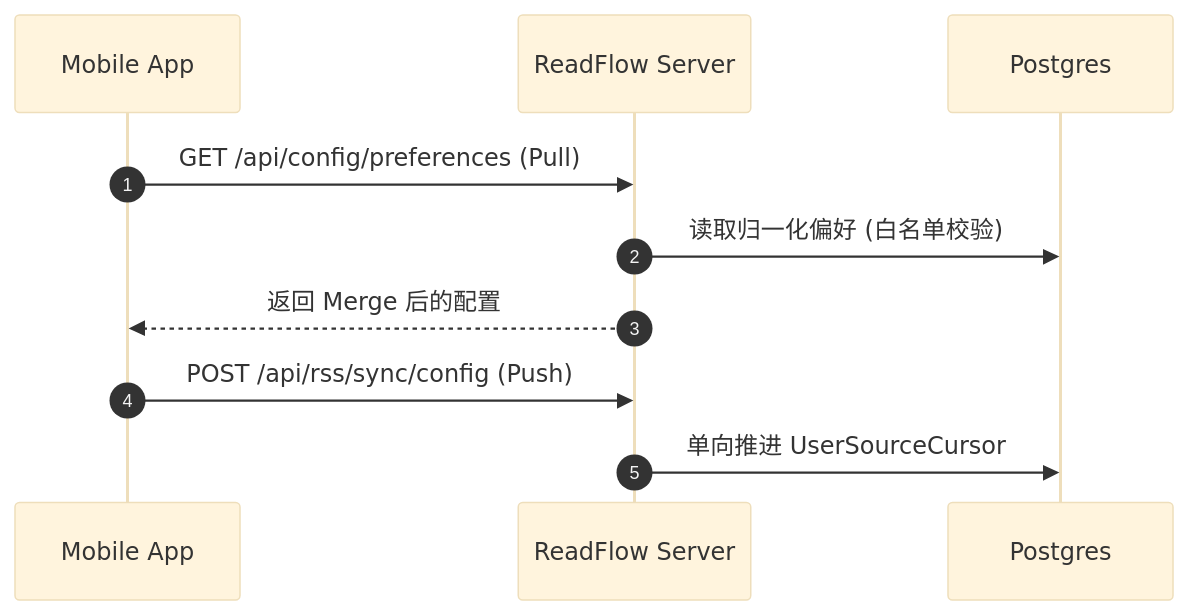
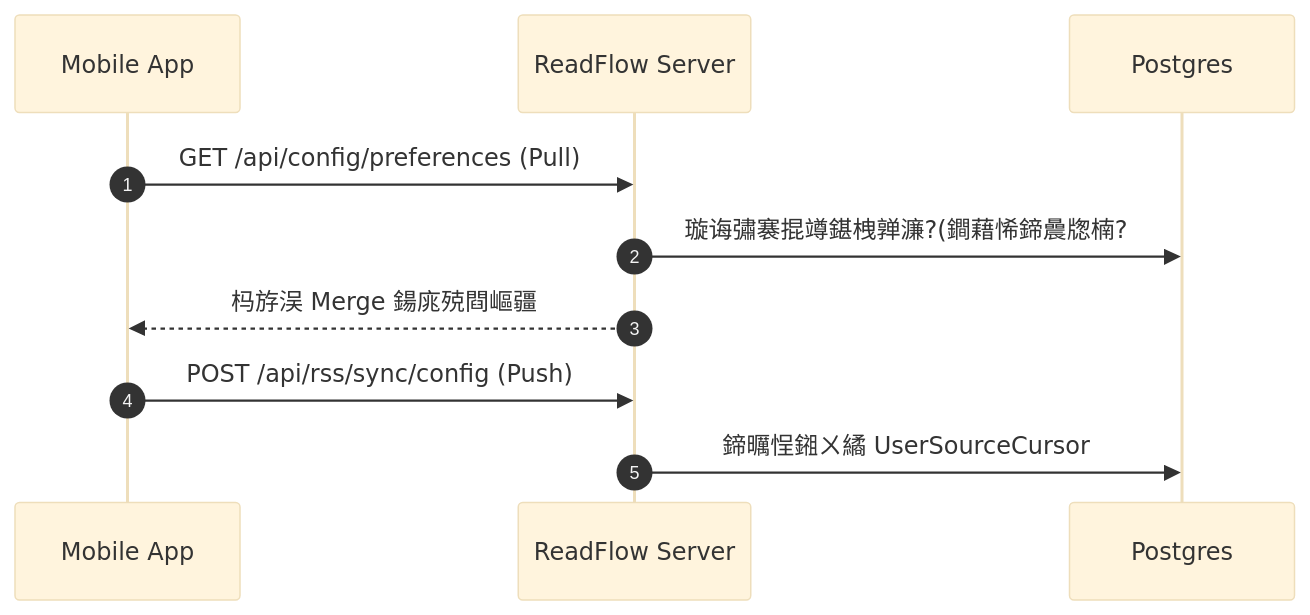
The second of 3 diagrams in README.md (VirgoooooX/ReadFlow), drawn with Mermaid (base theme) before and after one commit. The commit also changed other lines of this file and 2 other files, not shown here.

````diff
--- a/README.md
+++ b/README.md
@@ -89,13 +73,13 @@
 ```mermaid
 sequenceDiagram
   autonumber
   participant A as Mobile App
   participant S as ReadFlow Server
   participant P as Postgres
 
   A->>S: GET /api/config/preferences (Pull)
-  S->>P: 读取归一化偏好 (白名单校验)
-  S-->>A: 返回 Merge 后的配置
+  S->>P: 璇诲彇褰掍竴鍖栧亸濂?(鐧藉悕鍗曟牎楠?
+  S-->>A: 杩斿洖 Merge 鍚庣殑閰嶇疆
   A->>S: POST /api/rss/sync/config (Push)
-  S->>P: 单向推进 UserSourceCursor
+  S->>P: 鍗曞悜鎺ㄨ繘 UserSourceCursor
 ```
````
